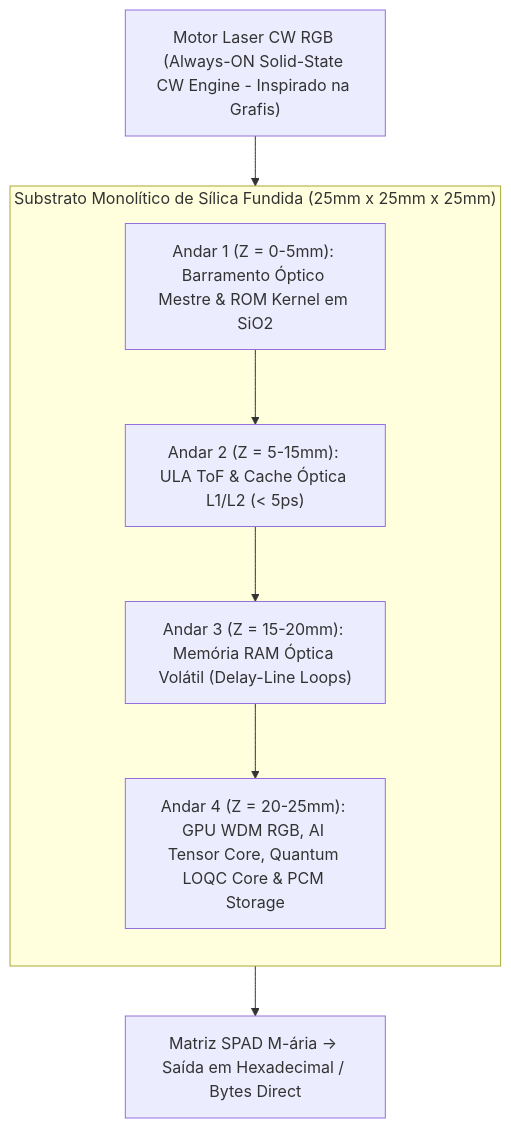
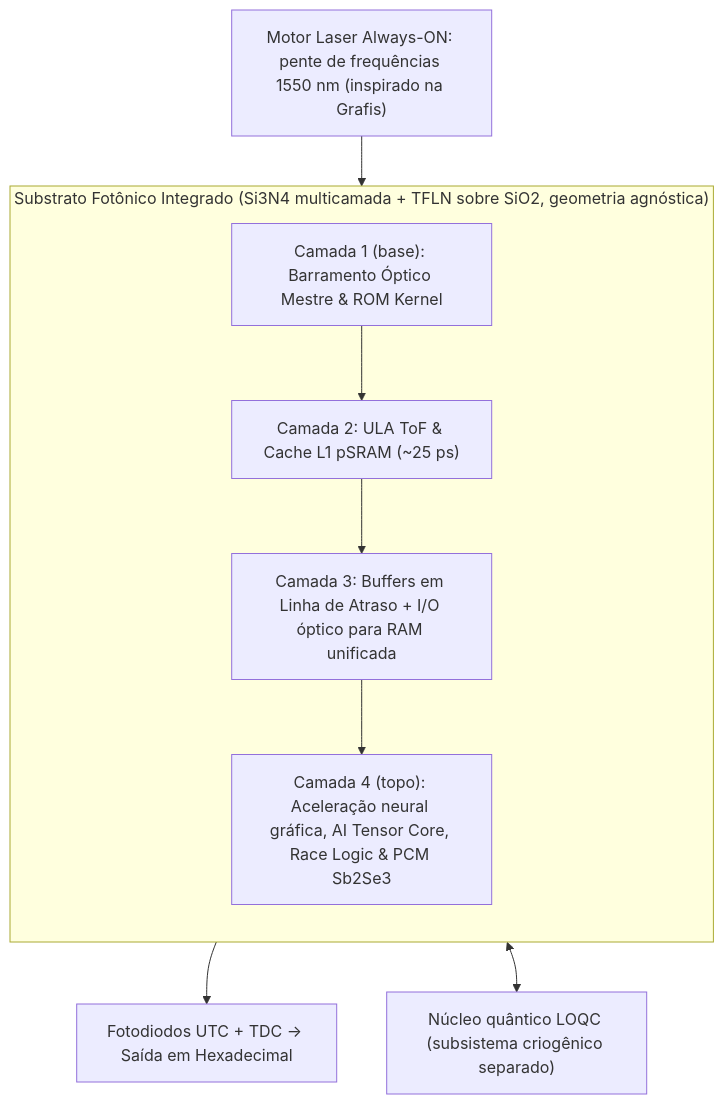
Before and after one commit to Roliveira96/SilicaCore: the diagram in README.md, drawn with Mermaid. The commit also changed other lines of this file and 2 other files, not shown here.

Commit message:
docs: remover mencoes residuais ao cubo no readme, whitepaper e titulos do doc 03

````diff
--- a/README.md
+++ b/README.md
@@ -135,17 +137,18 @@
 ```mermaid
 flowchart TD
-    subgraph CuboSilica["Substrato Monolítico de Sílica Fundida (25mm x 25mm x 25mm)"]
+    subgraph SubstratoFotonico["Substrato Fotônico Integrado (Si3N4 multicamada + TFLN sobre SiO2, geometria agnóstica)"]
         direction TB
-        Andar4["Andar 4 (Z = 20-25mm): GPU WDM RGB, AI Tensor Core, Quantum LOQC Core & PCM Storage"]
-        Andar3["Andar 3 (Z = 15-20mm): Memória RAM Óptica Volátil (Delay-Line Loops)"]
-        Andar2["Andar 2 (Z = 5-15mm): ULA ToF & Cache Óptica L1/L2 (< 5ps)"]
-        Andar1["Andar 1 (Z = 0-5mm): Barramento Óptico Mestre & ROM Kernel em SiO2"]
+        Camada4["Camada 4 (topo): Aceleração neural gráfica, AI Tensor Core, Race Logic & PCM Sb2Se3"]
+        Camada3["Camada 3: Buffers em Linha de Atraso + I/O óptico para RAM unificada"]
+        Camada2["Camada 2: ULA ToF & Cache L1 pSRAM (~25 ps)"]
+        Camada1["Camada 1 (base): Barramento Óptico Mestre & ROM Kernel"]
 
-        Andar1 --> Andar2
-        Andar2 --> Andar3
-        Andar3 --> Andar4
+        Camada1 --> Camada2
+        Camada2 --> Camada3
+        Camada3 --> Camada4
     end
 
-    Input["Motor Laser CW RGB (Always-ON Solid-State CW Engine - Inspirado na Grafis)"] --> CuboSilica
-    CuboSilica --> Output["Matriz SPAD M-ária -> Saída em Hexadecimal / Bytes Direct"]
+    Input["Motor Laser Always-ON: pente de frequências 1550 nm (inspirado na Grafis)"] --> SubstratoFotonico
+    SubstratoFotonico --> Output["Fotodiodos UTC + TDC -> Saída em Hexadecimal"]
+    SubstratoFotonico <--> Quantum["Núcleo quântico LOQC (subsistema criogênico separado)"]
 ```
````
